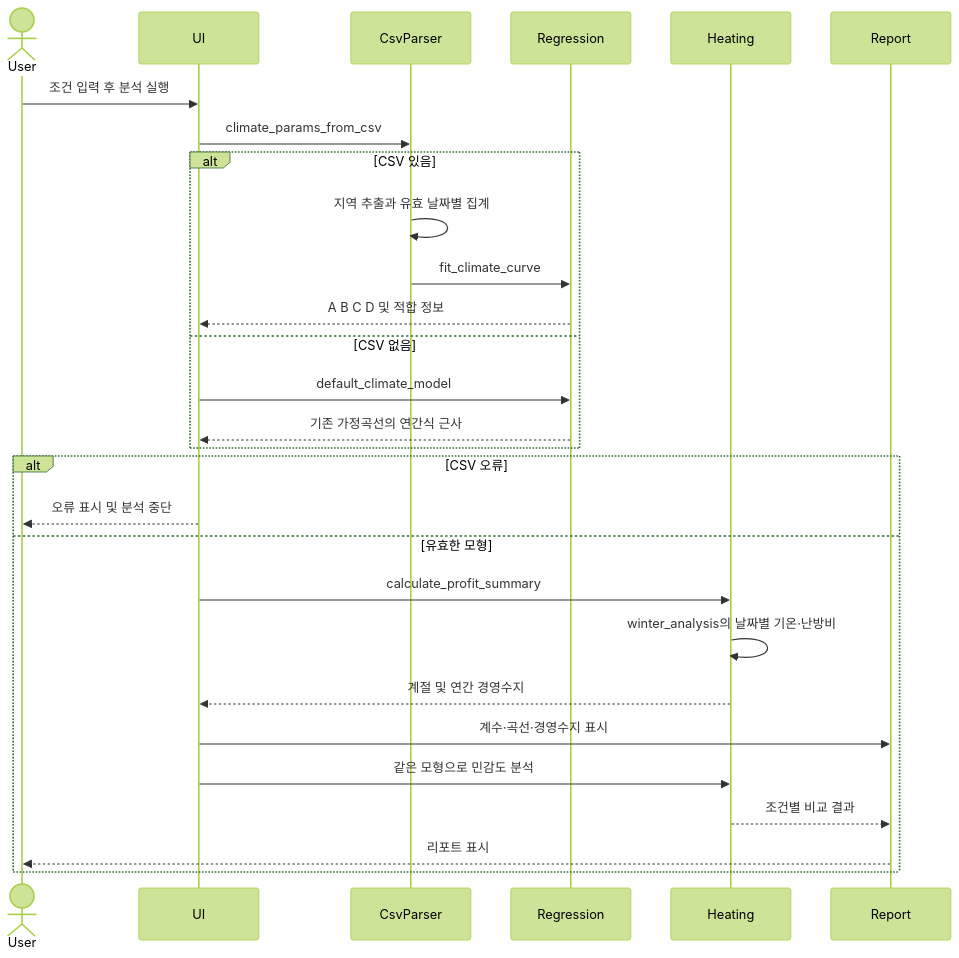
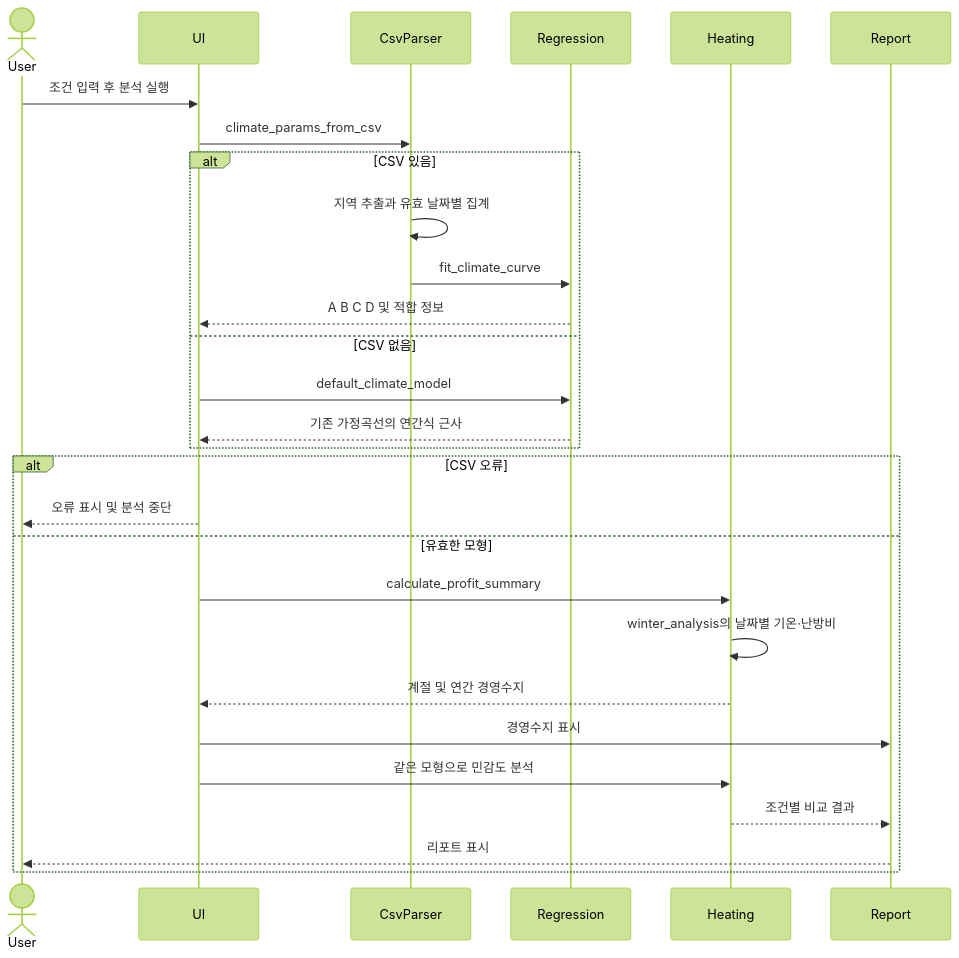
One commit to kuk-jong/fig-heating-decision-app changed the third of 5 diagrams in releases/v0.5/docs/APP_BLUEPRINT.md. Above: the diagram before and after it, drawn with Mermaid (forest theme). The commit also changed other lines of this file and 7 other files, not shown here.

````diff
--- a/releases/v0.5/docs/APP_BLUEPRINT.md
+++ b/releases/v0.5/docs/APP_BLUEPRINT.md
@@ -169,30 +168,30 @@
 ```mermaid
 sequenceDiagram
     actor User
     participant UI
     participant CsvParser
     participant Regression
     participant Heating
     participant Report
     User->>UI: 조건 입력 후 분석 실행
     UI->>CsvParser: climate_params_from_csv
     alt CSV 있음
         CsvParser->>CsvParser: 지역 추출과 유효 날짜별 집계
         CsvParser->>Regression: fit_climate_curve
         Regression-->>UI: A B C D 및 적합 정보
     else CSV 없음
         UI->>Regression: default_climate_model
         Regression-->>UI: 기존 가정곡선의 연간식 근사
     end
     alt CSV 오류
         UI-->>User: 오류 표시 및 분석 중단
     else 유효한 모형
         UI->>Heating: calculate_profit_summary
         Heating->>Heating: winter_analysis의 날짜별 기온·난방비
         Heating-->>UI: 계절 및 연간 경영수지
-        UI->>Report: 계수·곡선·경영수지 표시
+        UI->>Report: 경영수지 표시
         UI->>Heating: 같은 모형으로 민감도 분석
         Heating-->>Report: 조건별 비교 결과
         Report-->>User: 리포트 표시
     end
 ```
````
